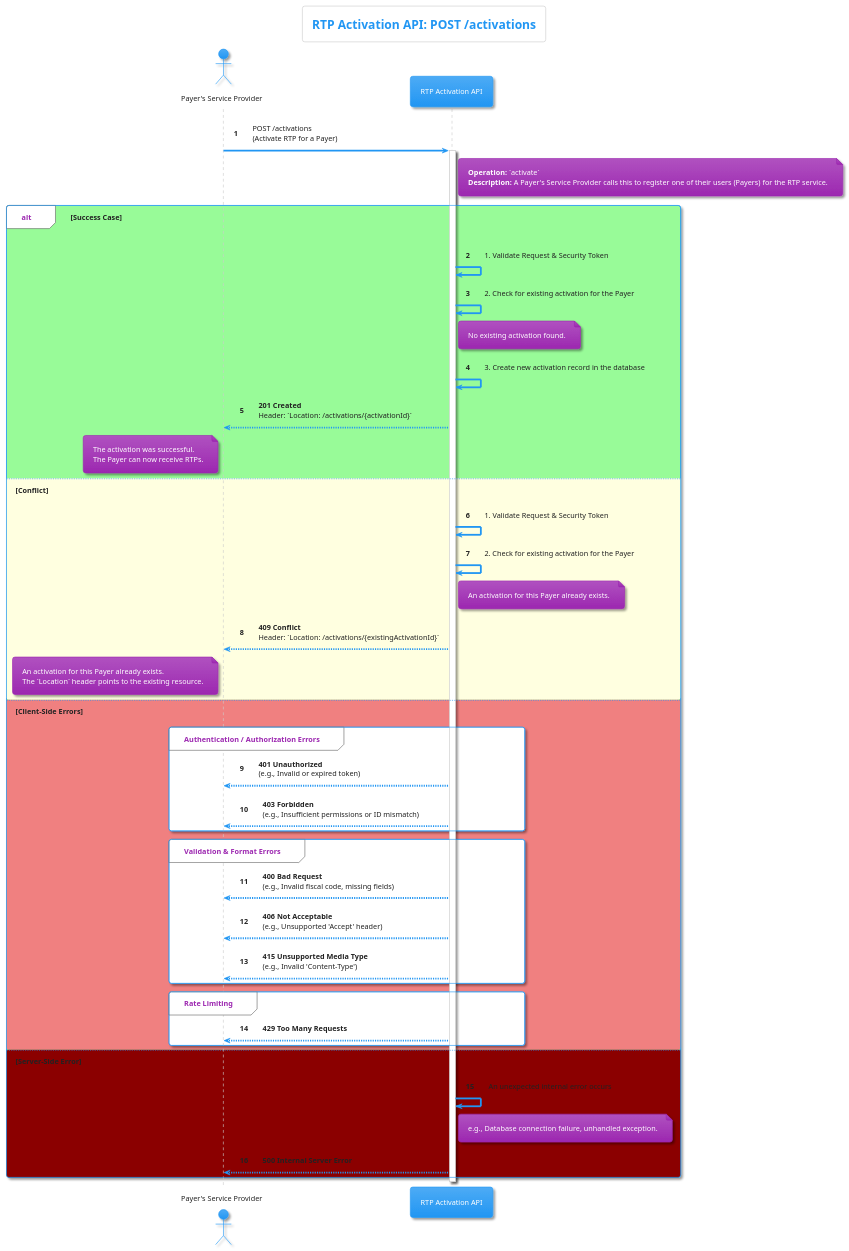
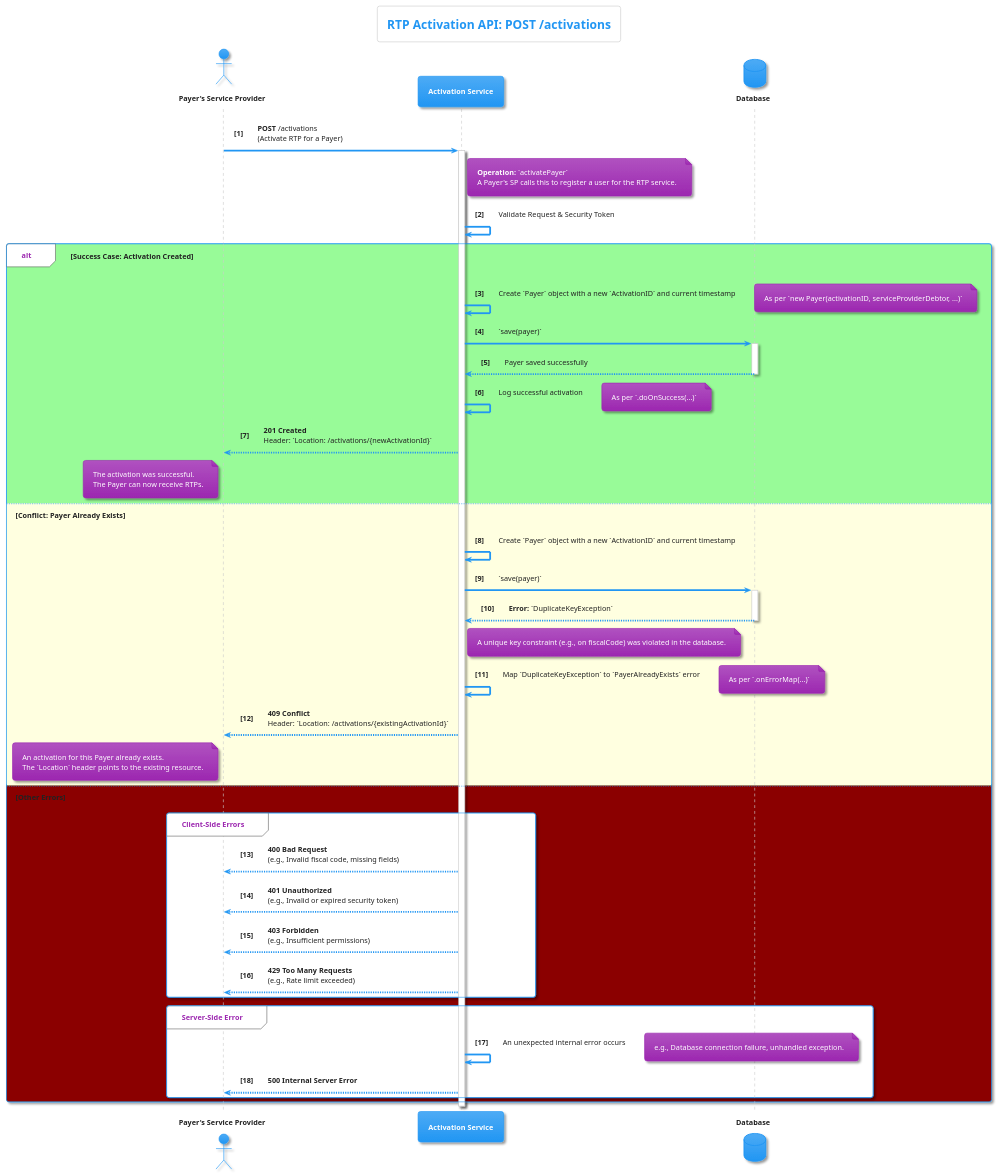
Before and after one commit to pagopa/rtp-docs: the diagram in diagrams/activation.puml, drawn with PlantUML. The commit also changed 13 other files, not shown here.

First line of the commit message:
[SRTP-798]: Update plum schemas. (#25)

```diff
--- a/diagrams/activation.puml
+++ b/diagrams/activation.puml
@@ -3,75 +1,85 @@
 @startuml
-' PlantUML Diagram generated from RTP Activation API OpenAPI Spec
-' Title: RTP Activation Sequence Diagram
-' Version: 1.0.0
-' Description: This diagram shows the process for a Payer's Service Provider
-'              to activate the RTP service for an end-user.
+' PlantUML Diagram for RTP Activation API
+' Title: Unified RTP Activation Sequence Diagram
+' Version: 2.0.0
+' Description: This diagram shows the detailed process for activating a Payer,
+'              mixing the API specification with the actual Java service logic.
 
 !theme materia
 
 title RTP Activation API: POST /activations
 
-actor "Payer's Service Provider" as PSP
-participant "RTP Activation API" as API
+actor "**Payer's Service Provider**" as PSP
+participant "**Activation Service**" as AS
+database "**Database**" as DB
 
-autonumber
+autonumber "<b>[0]"
 
-PSP -> API: POST /activations\n(Activate RTP for a Payer)
-activate API
+PSP -> AS: **POST** /activations\n(Activate RTP for a Payer)
+activate AS
 
-note right of API
-  **Operation:** `activate`
-  **Description:** A Payer's Service Provider calls this to register one of their users (Payers) for the RTP service.
+note right of AS
+  **Operation:** `activatePayer`
+  A Payer's SP calls this to register a user for the RTP service.
 end note
 
-alt #palegreen Success Case
+AS -> AS: Validate Request & Security Token
 
-    API -> API: 1. Validate Request & Security Token
-    API -> API: 2. Check for existing activation for the Payer
-    note right of API: No existing activation found.
-    API -> API: 3. Create new activation record in the database
-    API --> PSP: **201 Created**\nHeader: `Location: /activations/{activationId}`
+alt #palegreen **Success Case: Activation Created**
+
+    AS -> AS: Create `Payer` object with a new `ActivationID` and current timestamp
+    note right: As per `new Payer(activationID, serviceProviderDebtor, ...)`
+
+    AS -> DB: `save(payer)`
+    activate DB
+    DB --> AS: Payer saved successfully
+    deactivate DB
+
+    AS -> AS: Log successful activation
+    note right: As per `.doOnSuccess(...)`
+
+    AS --> PSP: **201 Created**\nHeader: `Location: /activations/{newActivationId}`
     note left of PSP
         The activation was successful.
         The Payer can now receive RTPs.
     end note
 
-else #lightyellow Conflict
+else #lightyellow **Conflict: Payer Already Exists**
 
-    API -> API: 1. Validate Request & Security Token
-    API -> API: 2. Check for existing activation for the Payer
-    note right of API: An activation for this Payer already exists.
-    API --> PSP: **409 Conflict**\nHeader: `Location: /activations/{existingActivationId}`
+    AS -> AS: Create `Payer` object with a new `ActivationID` and current timestamp
+
+    AS -> DB: `save(payer)`
+    activate DB
+    DB --> AS: **Error:** `DuplicateKeyException`
+    deactivate DB
+    note right of AS: A unique key constraint (e.g., on fiscalCode) was violated in the database.
+
+    AS -> AS: Map `DuplicateKeyException` to `PayerAlreadyExists` error
+    note right: As per `.onErrorMap(...)`
+
+    AS --> PSP: **409 Conflict**\nHeader: `Location: /activations/{existingActivationId}`
     note left of PSP
         An activation for this Payer already exists.
         The `Location` header points to the existing resource.
     end note
 
-else #lightcoral Client-Side Errors
+else #darkred **Other Errors**
 
-    group Authentication / Authorization Errors
-        API --> PSP: **401 Unauthorized**\n(e.g., Invalid or expired token)
-        API --> PSP: **403 Forbidden**\n(e.g., Insufficient permissions or ID mismatch)
+    group Client-Side Errors
+        AS --> PSP: **400 Bad Request**\n(e.g., Invalid fiscal code, missing fields)
+        AS --> PSP: **401 Unauthorized**\n(e.g., Invalid or expired security token)
+        AS --> PSP: **403 Forbidden**\n(e.g., Insufficient permissions)
+        AS --> PSP: **429 Too Many Requests**\n(e.g., Rate limit exceeded)
     end group
 
-    group Validation & Format Errors
-        API --> PSP: **400 Bad Request**\n(e.g., Invalid fiscal code, missing fields)
-        API --> PSP: **406 Not Acceptable**\n(e.g., Unsupported 'Accept' header)
-        API --> PSP: **415 Unsupported Media Type**\n(e.g., Invalid 'Content-Type')
+    group Server-Side Error
+        AS -> AS: An unexpected internal error occurs
+        note right: e.g., Database connection failure, unhandled exception.
+        AS --> PSP: **500 Internal Server Error**
     end group
-
-    group Rate Limiting
-        API --> PSP: **429 Too Many Requests**
-    end group
-
-else #darkred Server-Side Error
-
-    API -> API: An unexpected internal error occurs
-    note right of API: e.g., Database connection failure, unhandled exception.
-    API --> PSP: **500 Internal Server Error**
 
 end
 
-deactivate API
+deactivate AS
 
 @enduml
```
